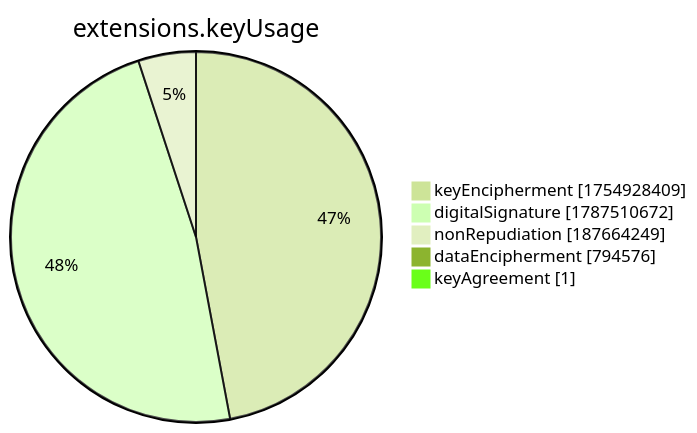
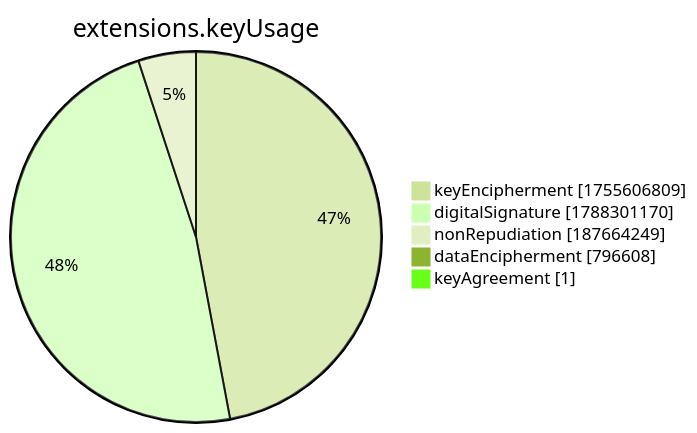
Before and after one commit to christiankrug/ctmonitor_visualization: the seventh of 15 diagrams in xenon2022/README.md, drawn with Mermaid (forest theme). The commit also changed other lines of this file, not shown here.

````diff
--- a/xenon2022/README.md
+++ b/xenon2022/README.md
@@ -2859,9 +2859,9 @@
 ```mermaid
 pie showData
 title extensions.keyUsage
-"keyEncipherment" :1754928409
-"digitalSignature" :1787510672
+"keyEncipherment" :1755606809
+"digitalSignature" :1788301170
 "nonRepudiation" :187664249
-"dataEncipherment" :794576
+"dataEncipherment" :796608
 "keyAgreement" :1
 ```
````
